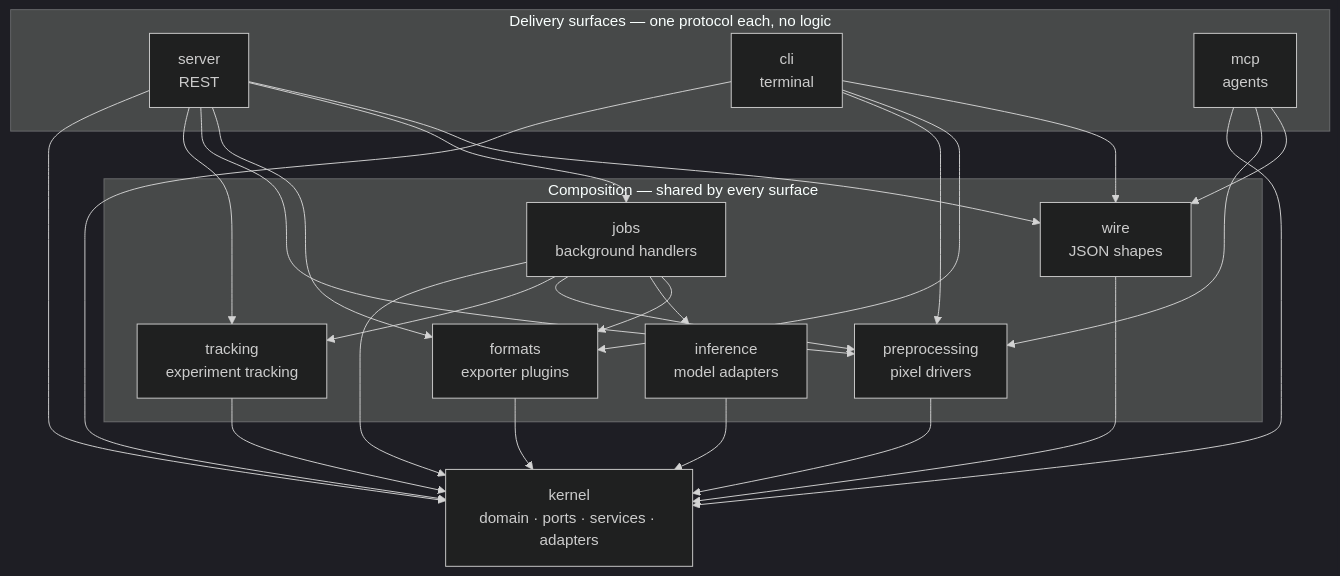
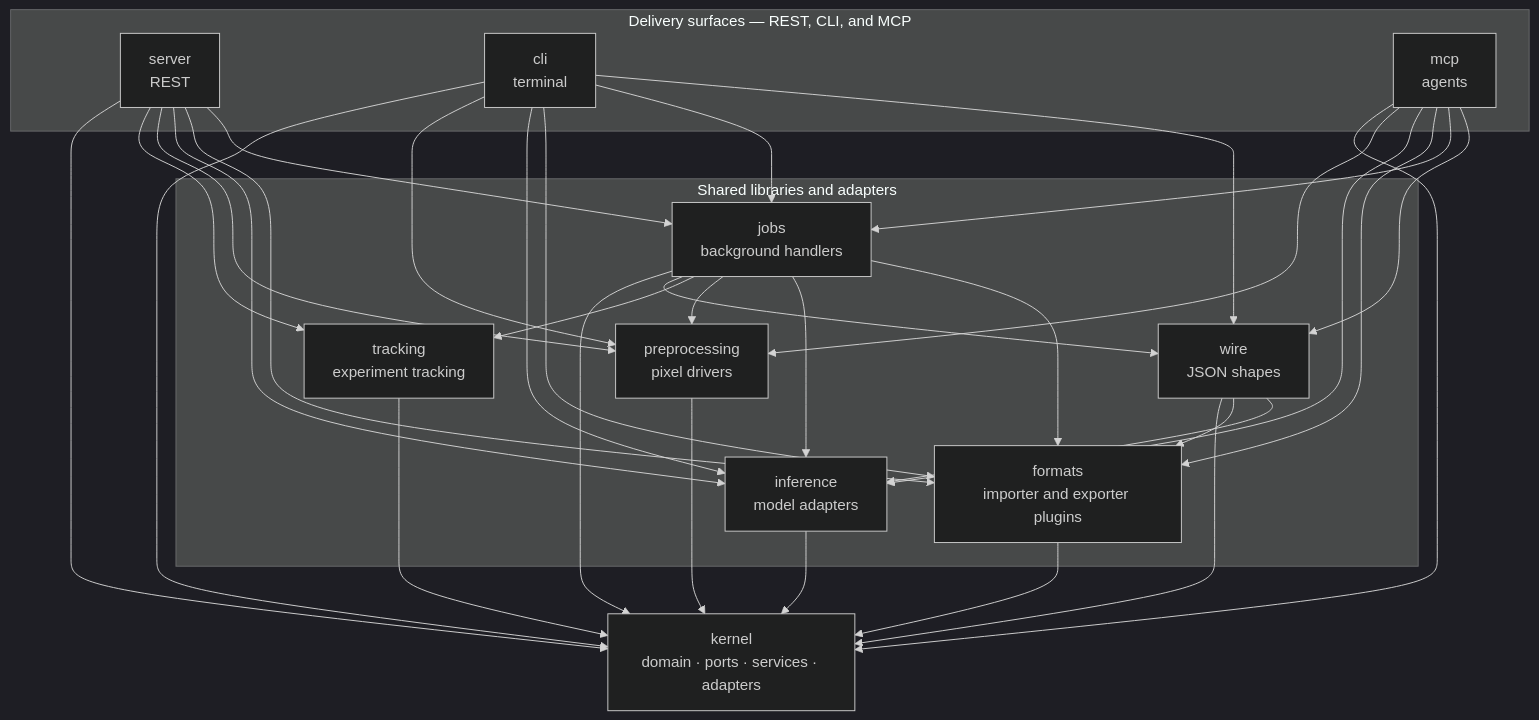
Before and after one commit to Robomous/VisionSet: the diagram in docs/content/architecture/backend/README.md, drawn with Mermaid (dark theme). The commit also changed other lines of this file and 49 other files, not shown here.

````diff
--- a/docs/content/architecture/backend/README.md
+++ b/docs/content/architecture/backend/README.md
@@ -9,43 +10,51 @@
 ```mermaid
 flowchart TB
-    subgraph Surfaces["Delivery surfaces — one protocol each, no logic"]
+    subgraph Surfaces["Delivery surfaces — REST, CLI, and MCP"]
         Server["server\nREST"]
         Cli["cli\nterminal"]
         Mcp["mcp\nagents"]
     end
 
-    subgraph Composition["Composition — shared by every surface"]
+    subgraph Composition["Shared libraries and adapters"]
         Wire["wire\nJSON shapes"]
         Jobs["jobs\nbackground handlers"]
         Inference["inference\nmodel adapters"]
-        Formats["formats\nexporter plugins"]
+        Formats["formats\nimporter and exporter plugins"]
         Preprocessing["preprocessing\npixel drivers"]
         Tracking["tracking\nexperiment tracking"]
     end
 
     Kernel["kernel\ndomain · ports · services · adapters"]
 
-    Server --> Wire
     Cli --> Wire
     Mcp --> Wire
     Server --> Jobs
+    Cli --> Jobs
+    Mcp --> Jobs
     Server --> Formats
     Cli --> Formats
+    Mcp --> Formats
     Jobs --> Formats
     Jobs --> Inference
+    Server --> Inference
+    Cli --> Inference
+    Mcp --> Inference
     Server --> Preprocessing
     Cli --> Preprocessing
     Mcp --> Preprocessing
     Jobs --> Preprocessing
     Server --> Tracking
     Jobs --> Tracking
+    Jobs --> Wire
+    Wire --> Inference
+    Wire --> Formats
     Server --> Kernel
     Cli --> Kernel
     Mcp --> Kernel
     Wire --> Kernel
     Jobs --> Kernel
     Inference --> Kernel
     Formats --> Kernel
     Preprocessing --> Kernel
     Tracking --> Kernel
 ```
````
